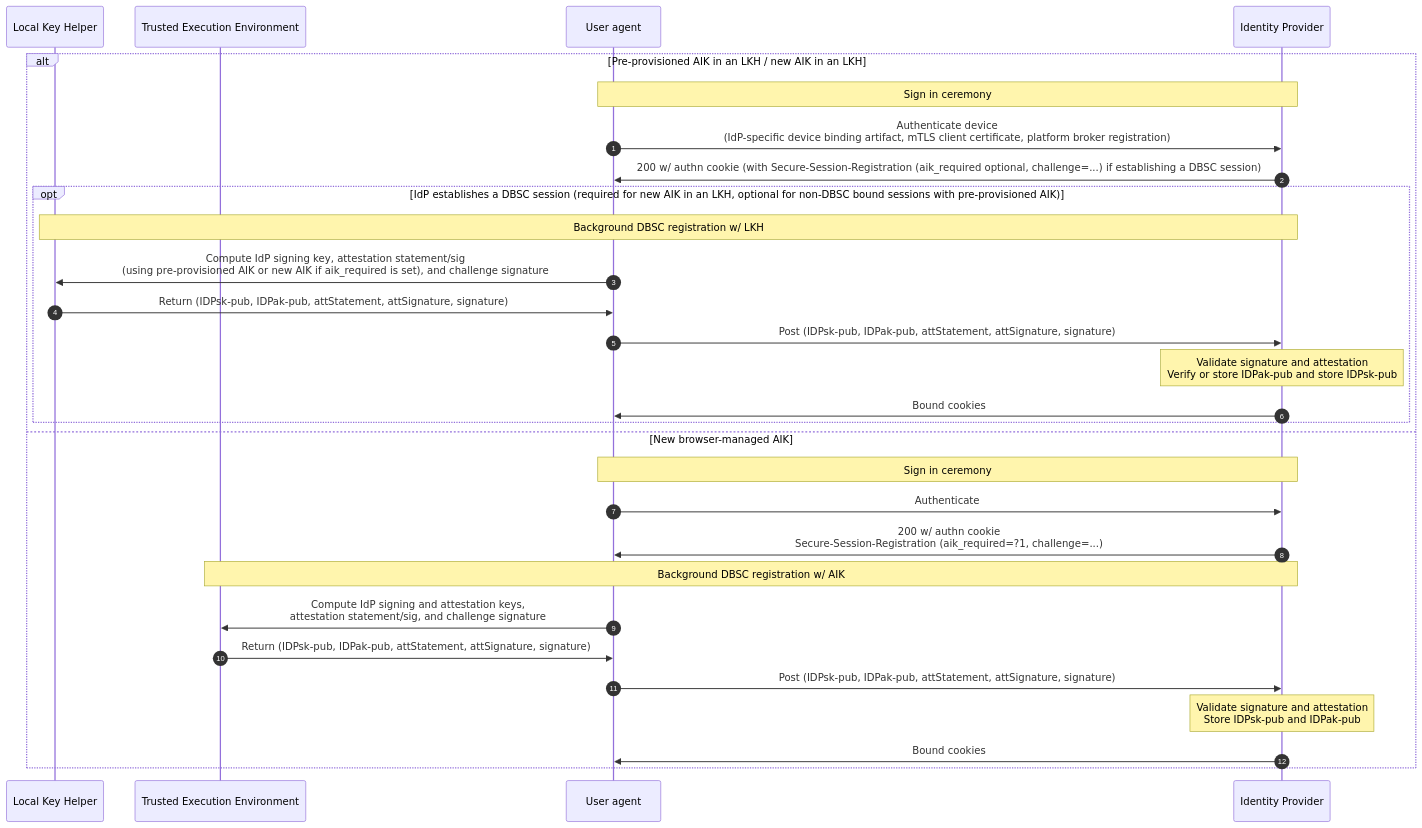
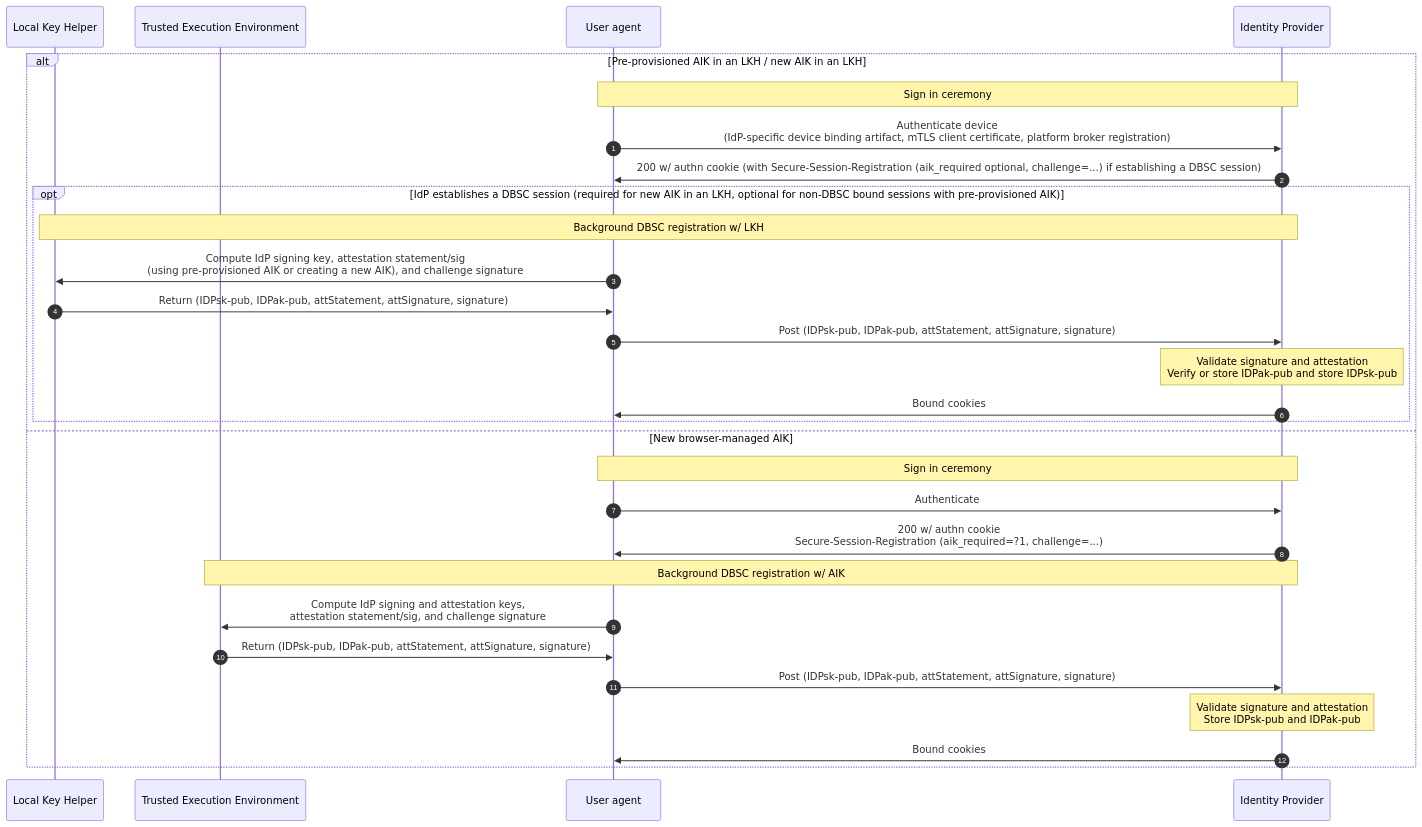
Before and after one commit to WICG/dbsc-sso: the third of 4 diagrams in README.md, drawn with Mermaid. The commit also changed other lines of this file, not shown here.

First line of the commit message:
Clarify LKH AIK selection and aik_required semantics in README.md.

````diff
--- a/README.md
+++ b/README.md
@@ -248,33 +248,33 @@
 ```mermaid
 sequenceDiagram
 	autonumber
 	
 	participant l as Local Key Helper
 	participant t as Trusted Execution Environment
 	participant u as User agent
 	participant i as Identity Provider
 	
 	alt Pre-provisioned AIK in an LKH / new AIK in an LKH
 		note over u, i: Sign in ceremony
 		u->>i: Authenticate device<br>(IdP-specific device binding artifact, mTLS client certificate, platform broker registration)
   		i->>u: 200 w/ authn cookie (with Secure-Session-Registration (aik_required optional, challenge=...) if establishing a DBSC session)
   		opt IdP establishes a DBSC session (required for new AIK in an LKH, optional for non-DBSC bound sessions with pre-provisioned AIK)
 			note over i, l: Background DBSC registration w/ LKH
-			u->>l: Compute IdP signing key, attestation statement/sig<br>(using pre-provisioned AIK or new AIK if aik_required is set), and challenge signature
+			u->>l: Compute IdP signing key, attestation statement/sig<br>(using pre-provisioned AIK or creating a new AIK), and challenge signature
 			l->>u: Return (IDPsk-pub, IDPak-pub, attStatement, attSignature, signature)
 			u->>i: Post (IDPsk-pub, IDPak-pub, attStatement, attSignature, signature)
 			note over i: Validate signature and attestation<br>Verify or store IDPak-pub and store IDPsk-pub
 			i->>u: Bound cookies
 		end
 	else New browser-managed AIK
 		note over u, i: Sign in ceremony
 		u->>i: Authenticate
 		i->>u: 200 w/ authn cookie<br>Secure-Session-Registration (aik_required=?1, challenge=...)
 		note over i, t: Background DBSC registration w/ AIK
 		u->>t: Compute IdP signing and attestation keys,<br>attestation statement/sig, and challenge signature
 		t->>u: Return (IDPsk-pub, IDPak-pub, attStatement, attSignature, signature)
 		u->>i: Post (IDPsk-pub, IDPak-pub, attStatement, attSignature, signature)
 		note over i: Validate signature and attestation<br>Store IDPsk-pub and IDPak-pub
 		i->>u: Bound cookies
 	end
 ```
````
